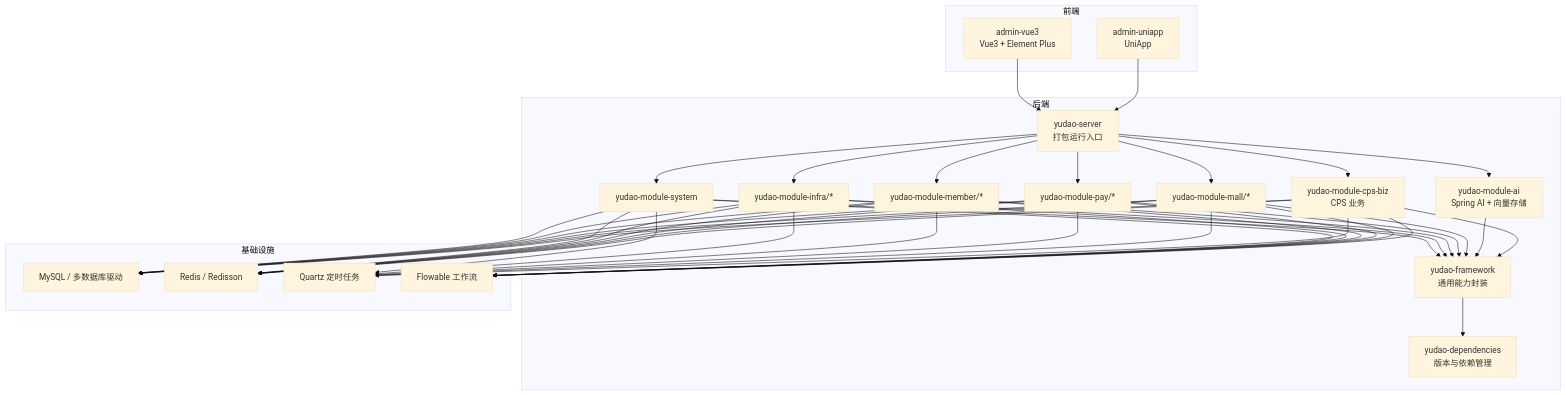
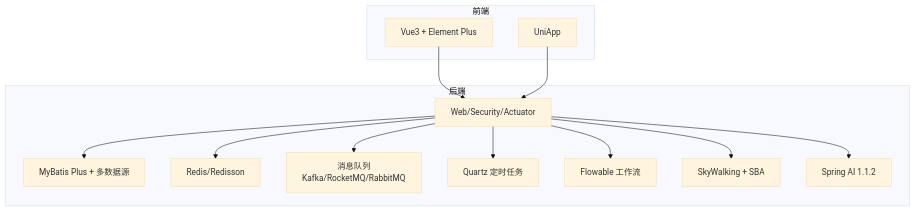
The second of 6 diagrams in .qoder/repowiki/zh/content/项目概述/技术栈概览.md (zhuangpengLI/AgenticCPS), drawn with Mermaid (base theme) before and after one commit. The commit also changed other lines of this file and 355 other files, not shown here.

````diff
--- a/.qoder/repowiki/zh/content/项目概述/技术栈概览.md
+++ b/.qoder/repowiki/zh/content/项目概述/技术栈概览.md
@@ -108,66 +111,26 @@
 ```mermaid
 graph TB
+subgraph "前端"
+VUE["Vue3 + Element Plus"]
+UNI["UniApp"]
+end
 subgraph "后端"
-Srv["yudao-server<br/>打包运行入口"]
-Sys["yudao-module-system"]
-Infra["yudao-module-infra/*"]
-Member["yudao-module-member/*"]
-Pay["yudao-module-pay/*"]
-Mall["yudao-module-mall/*"]
-AI["yudao-module-ai<br/>Spring AI + 向量存储"]
-CPS["yudao-module-cps-biz<br/>CPS 业务"]
-FW["yudao-framework<br/>通用能力封装"]
-Deps["yudao-dependencies<br/>版本与依赖管理"]
+WEB["Web/Security/Actuator"]
+DB["MyBatis Plus + 多数据源"]
+REDIS["Redis/Redisson"]
+MQ["消息队列Kafka/RocketMQ/RabbitMQ"]
+JOB["Quartz 定时任务"]
+BPM["Flowable 工作流"]
+MON["SkyWalking + SBA"]
+AI["Spring AI 1.1.2"]
 end
-subgraph "前端"
-VUE["admin-vue3<br/>Vue3 + Element Plus"]
-UNI["admin-uniapp<br/>UniApp"]
-end
-subgraph "基础设施"
-DB["MySQL / 多数据库驱动"]
-Redis["Redis / Redisson"]
-Quartz["Quartz 定时任务"]
-Flowable["Flowable 工作流"]
-end
-VUE --> Srv
-UNI --> Srv
-Srv --> Sys
-Srv --> Infra
-Srv --> Member
-Srv --> Pay
-Srv --> Mall
-Srv --> AI
-Srv --> CPS
-Sys --> FW
-Infra --> FW
-Member --> FW
-Pay --> FW
-Mall --> FW
-AI --> FW
-CPS --> FW
-FW --> Deps
-Sys --> DB
-Infra --> DB
-Member --> DB
-Pay --> DB
-Mall --> DB
-CPS --> DB
-Sys --> Redis
-Infra --> Redis
-Member --> Redis
-Pay --> Redis
-Mall --> Redis
-CPS --> Redis
-Sys --> Quartz
-Infra --> Quartz
-Member --> Quartz
-Pay --> Quartz
-Mall --> Quartz
-CPS --> Quartz
-Sys --> Flowable
-Infra --> Flowable
-Member --> Flowable
-Pay --> Flowable
-Mall --> Flowable
-CPS --> Flowable
+VUE --> WEB
+UNI --> WEB
+WEB --> DB
+WEB --> REDIS
+WEB --> MQ
+WEB --> JOB
+WEB --> BPM
+WEB --> MON
+WEB --> AI
 ```
````
